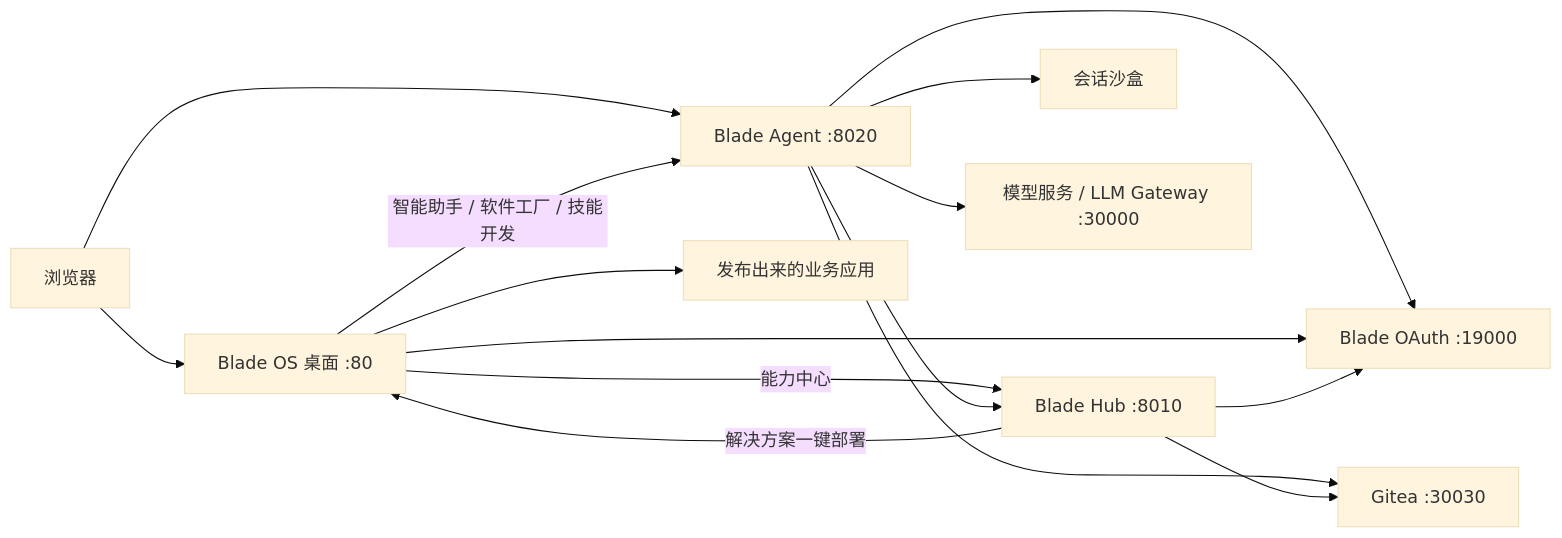
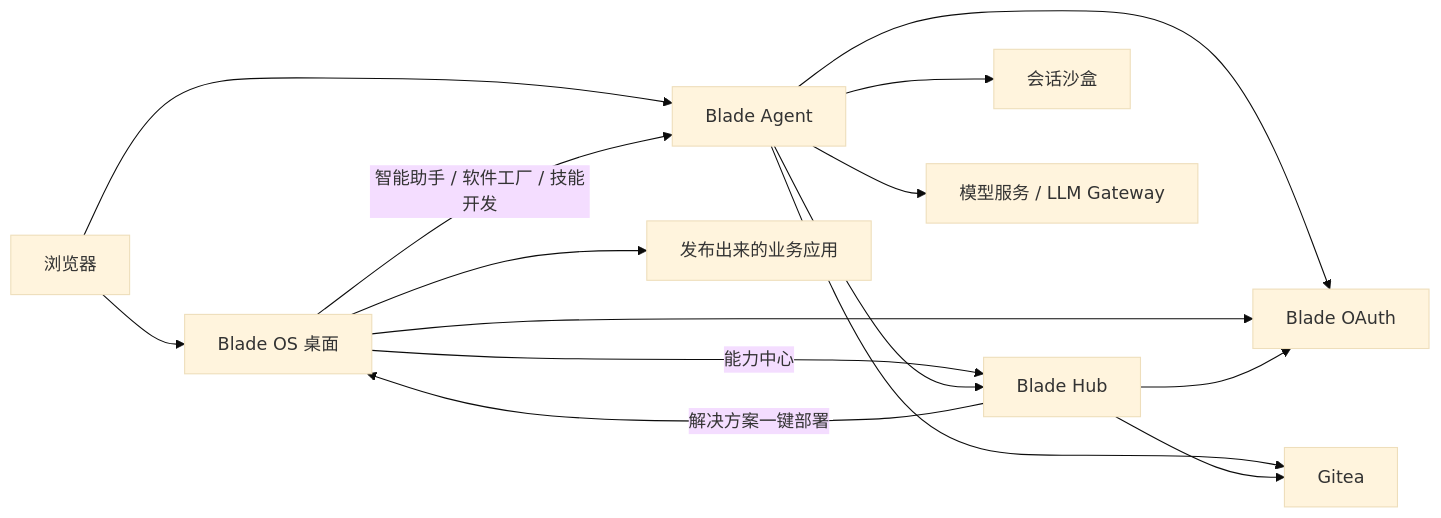
The first of 3 diagrams in src/content/docs/whitepaper.md (blade-hq/public-docs), drawn with Mermaid (base theme) before and after one commit.

Commit message:
docs(whitepaper): 全景图去掉端口号

````diff
--- a/src/content/docs/whitepaper.md
+++ b/src/content/docs/whitepaper.md
@@ -35,17 +35,17 @@
 ```mermaid
 graph LR
-  U[浏览器] --> OS[Blade OS 桌面 :80]
+  U[浏览器] --> OS[Blade OS 桌面]
   U --> BA
-  OS -->|智能助手 / 软件工厂 / 技能开发| BA[Blade Agent :8020]
-  OS -->|能力中心| HUB[Blade Hub :8010]
+  OS -->|智能助手 / 软件工厂 / 技能开发| BA[Blade Agent]
+  OS -->|能力中心| HUB[Blade Hub]
   OS --> APPS[发布出来的业务应用]
   BA --> SB[会话沙盒]
-  BA --> LLM[模型服务 / LLM Gateway :30000]
-  BA --> OAUTH[Blade OAuth :19000]
+  BA --> LLM[模型服务 / LLM Gateway]
+  BA --> OAUTH[Blade OAuth]
   BA --> HUB
-  BA --> GIT[Gitea :30030]
+  BA --> GIT[Gitea]
   HUB --> GIT
   HUB -->|解决方案一键部署| OS
   OS --> OAUTH
   HUB --> OAUTH
 ```
````
